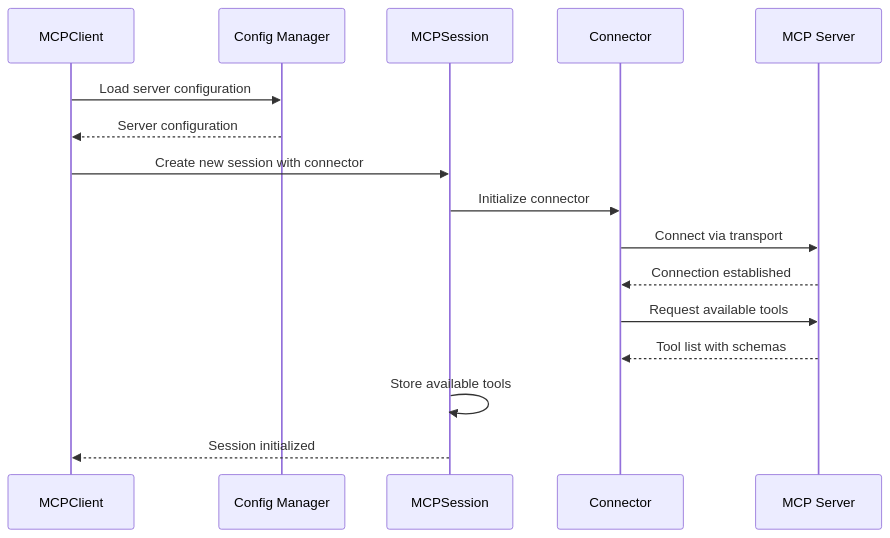
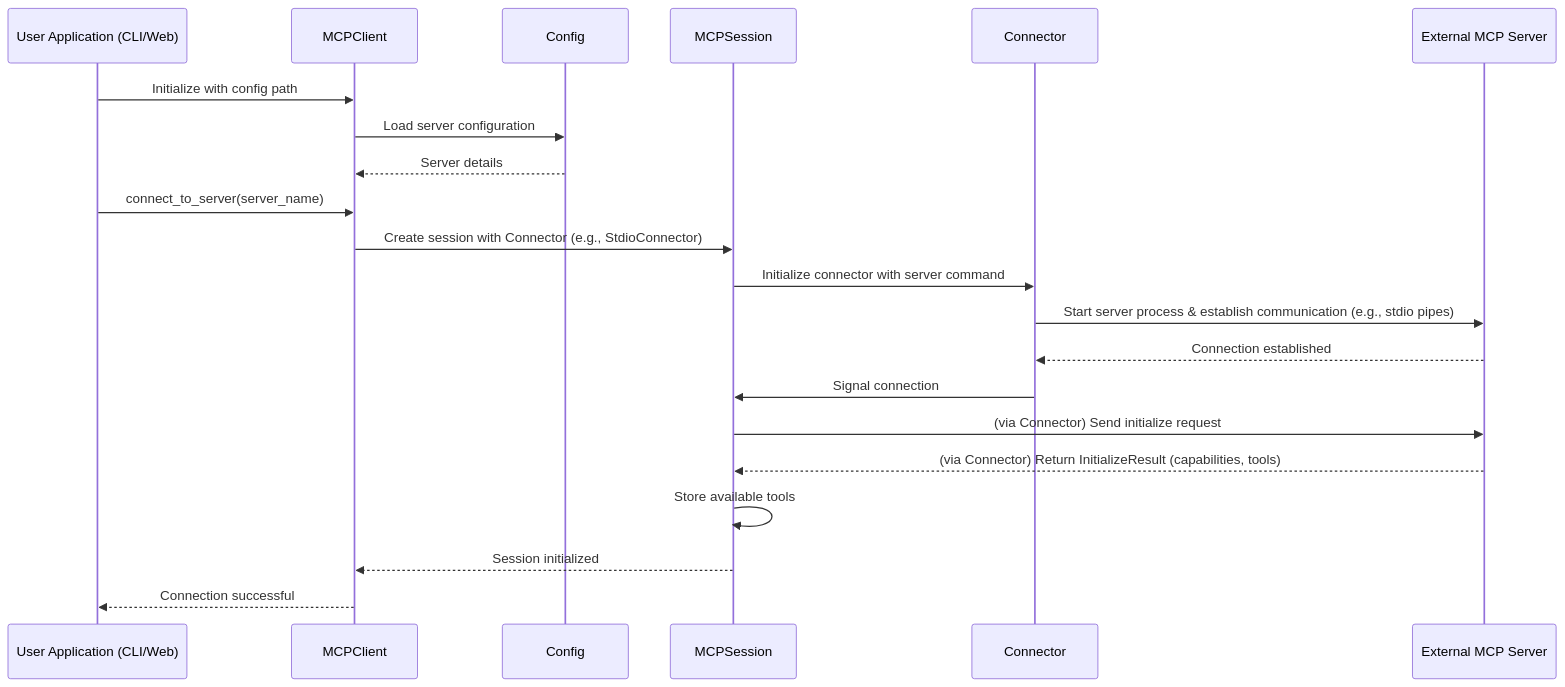
One commit to CLoaKY233/mcca changed the third of 3 diagrams in README.md. Above: the diagram before and after it, drawn with Mermaid. The commit also changed other lines of this file and 17 other files, not shown here.

````diff
--- a/README.md
+++ b/README.md
@@ -190,19 +211,24 @@
 ```mermaid
 sequenceDiagram
-    participant Client as MCPClient
-    participant Config as Config Manager
-    participant Session as MCPSession
-    participant Connector as Connector
-    participant Server as MCP Server
+    participant ClientApp as User Application (CLI/Web)
+    participant MCPClient
+    participant Config
+    participant MCPSession
+    participant Connector
+    participant MCPServer as External MCP Server
 
-    Client->>Config: Load server configuration
-    Config-->>Client: Server configuration
-    Client->>Session: Create new session with connector
-    Session->>Connector: Initialize connector
-    Connector->>Server: Connect via transport
-    Server-->>Connector: Connection established
-    Connector->>Server: Request available tools
-    Server-->>Connector: Tool list with schemas
-    Session->>Session: Store available tools
-    Session-->>Client: Session initialized
+    ClientApp->>MCPClient: Initialize with config path
+    MCPClient->>Config: Load server configuration
+    Config-->>MCPClient: Server details
+    ClientApp->>MCPClient: connect_to_server(server_name)
+    MCPClient->>MCPSession: Create session with Connector (e.g., StdioConnector)
+    MCPSession->>Connector: Initialize connector with server command
+    Connector->>MCPServer: Start server process & establish communication (e.g., stdio pipes)
+    MCPServer-->>Connector: Connection established
+    Connector->>MCPSession: Signal connection
+    MCPSession->>MCPServer: (via Connector) Send initialize request
+    MCPServer-->>MCPSession: (via Connector) Return InitializeResult (capabilities, tools)
+    MCPSession->>MCPSession: Store available tools
+    MCPSession-->>MCPClient: Session initialized
+    MCPClient-->>ClientApp: Connection successful
 ```
````
